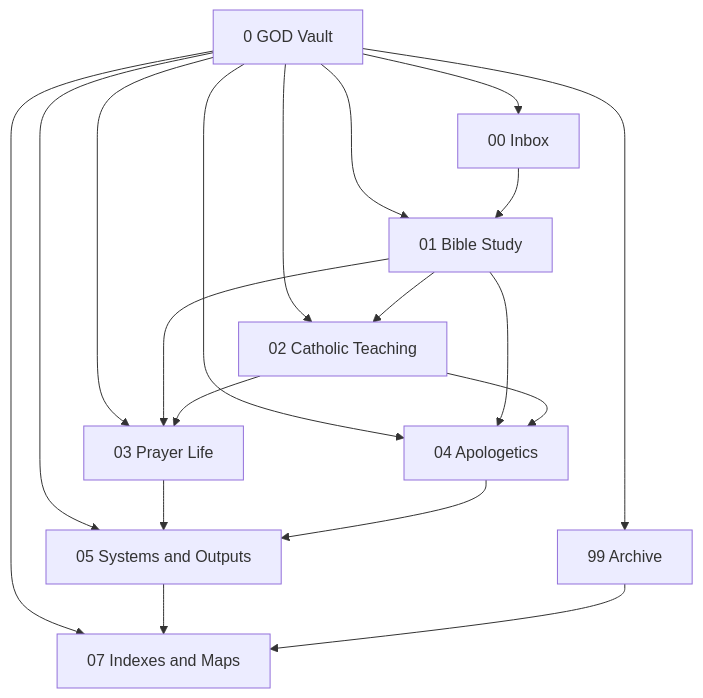
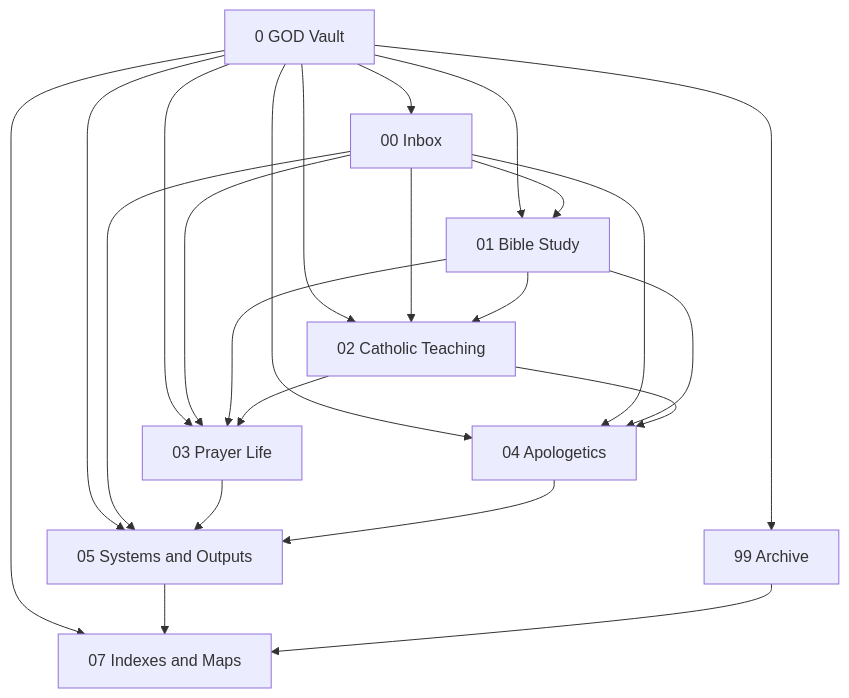
Before and after one commit to gah-code/obsidian-sacred-study-system: the second of 7 diagrams in README.md, drawn with Mermaid. The commit also changed other lines of this file and 2 other files, not shown here.

Commit message:
Updated naming conventions and maintenance rules, phases through 3E, Mermaid flowcharts, known gaps, prayer note, DI, indexes, and more

````diff
--- a/README.md
+++ b/README.md
@@ -144,22 +168,29 @@
 ```mermaid
-graph TD
-  vault[0 GOD Vault] --> inbox[00 Inbox]
-  vault --> bible_study[01 Bible Study]
-  vault --> catholic_teaching[02 Catholic Teaching]
-  vault --> prayer_life[03 Prayer Life]
-  vault --> apologetics[04 Apologetics]
-  vault --> systems_outputs[05 Systems and Outputs]
-  vault --> indexes_maps[07 Indexes and Maps]
-  vault --> archive[99 Archive]
+flowchart TD
+  vault["0 GOD Vault"] --> inbox["00 Inbox"]
+  vault --> bible_study["01 Bible Study"]
+  vault --> catholic_teaching["02 Catholic Teaching"]
+  vault --> prayer_life["03 Prayer Life"]
+  vault --> apologetics["04 Apologetics"]
+  vault --> systems_outputs["05 Systems and Outputs"]
+  vault --> indexes_maps["07 Indexes and Maps"]
+  vault --> archive["99 Archive"]
 
   inbox --> bible_study
+  inbox --> catholic_teaching
+  inbox --> prayer_life
+  inbox --> apologetics
+  inbox --> systems_outputs
+
   bible_study --> catholic_teaching
   bible_study --> prayer_life
   bible_study --> apologetics
+
   catholic_teaching --> prayer_life
   catholic_teaching --> apologetics
+
   prayer_life --> systems_outputs
   apologetics --> systems_outputs
   systems_outputs --> indexes_maps
   archive --> indexes_maps
 ```
````
